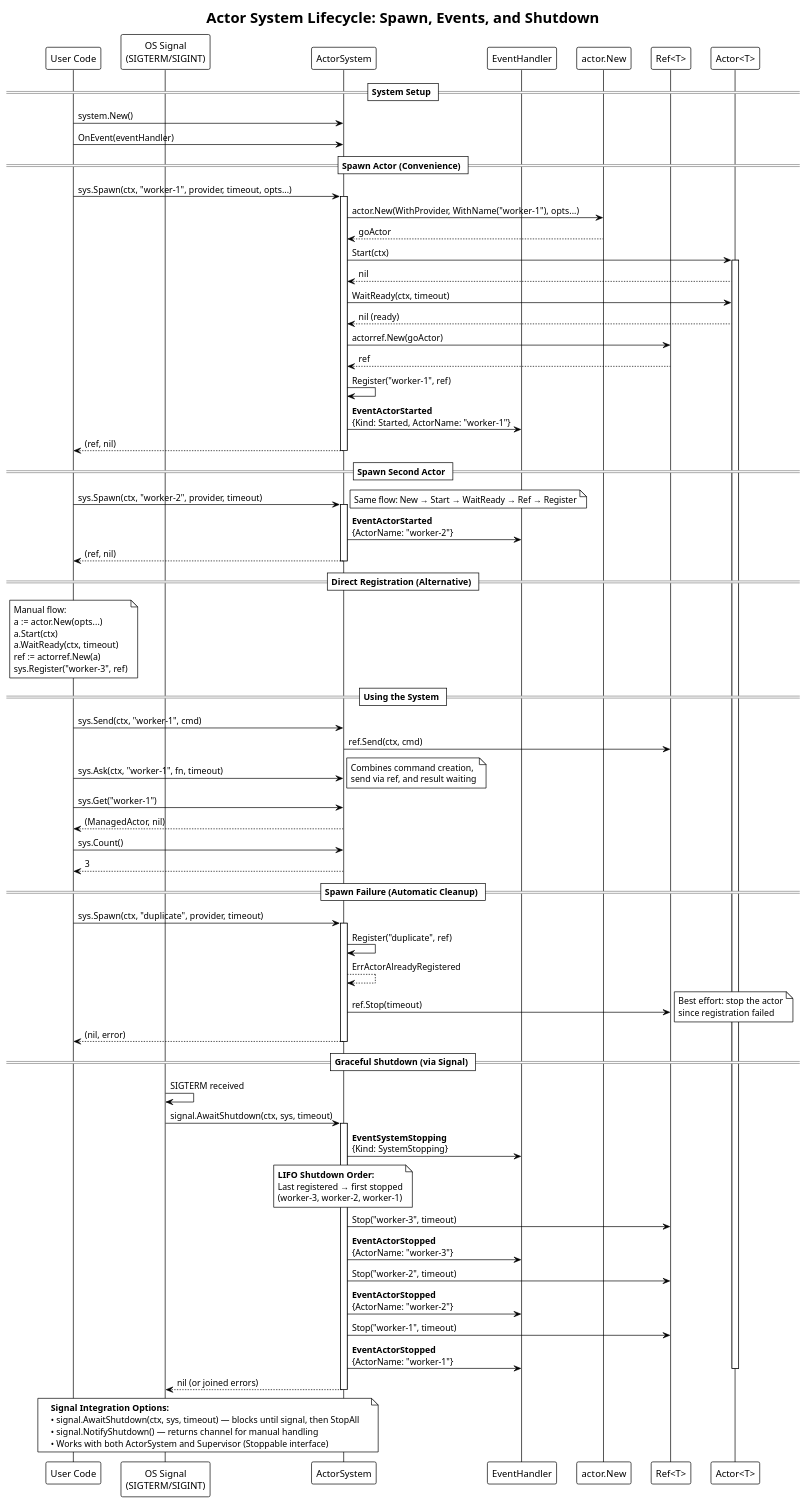
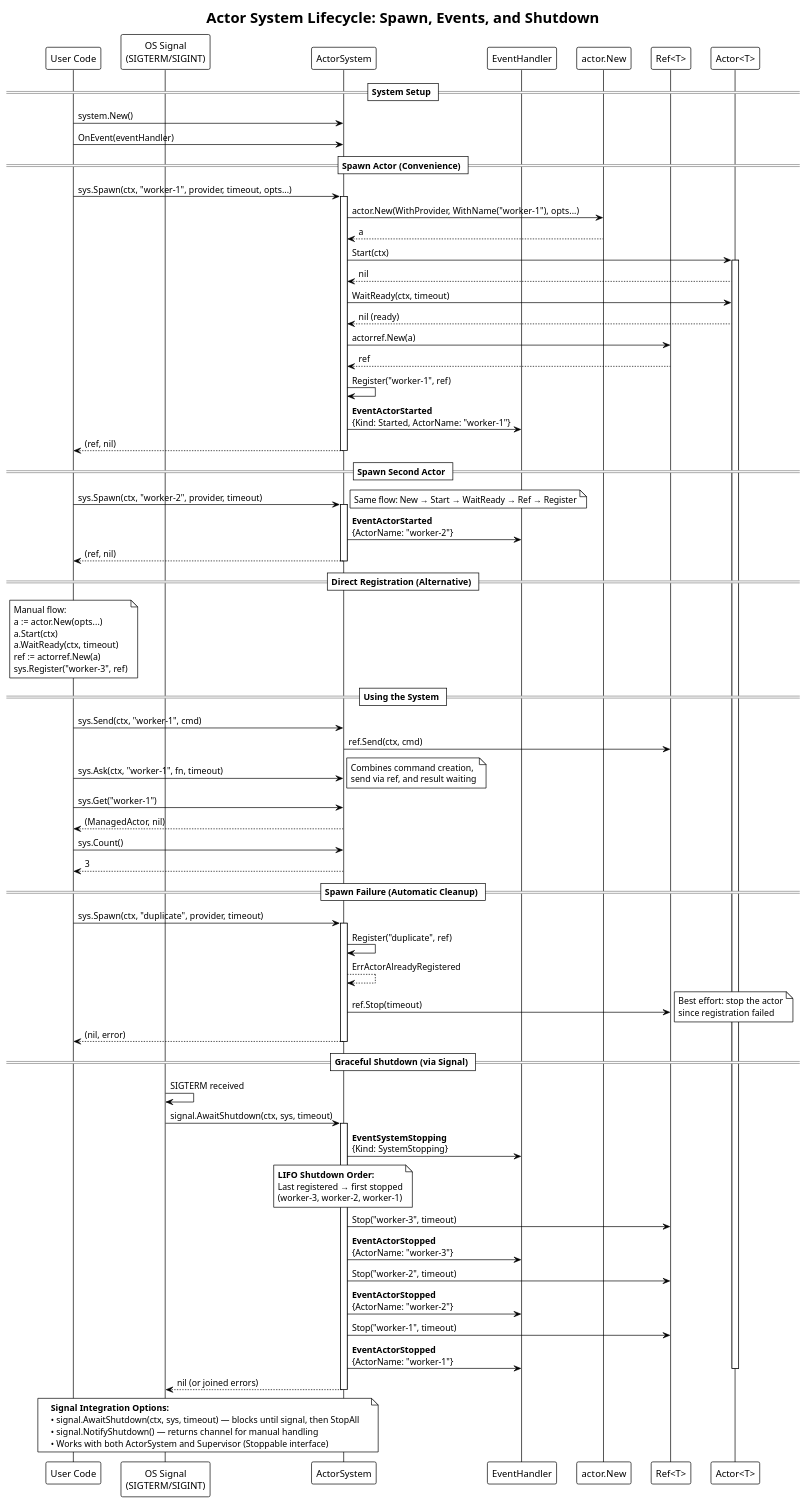
Before and after one commit to barnowlsnest/go-actorlib: the diagram in docs/system-lifecycle.puml, drawn with PlantUML. The commit also changed 7 other files, not shown here.

```diff
--- a/docs/system-lifecycle.puml
+++ b/docs/system-lifecycle.puml
@@ -1,118 +1,118 @@
 @startuml system-lifecycle
 !theme plain
 skinparam backgroundColor #FFFFFF
 
 title Actor System Lifecycle: Spawn, Events, and Shutdown
 
 participant "User Code" as user
 participant "OS Signal\n(SIGTERM/SIGINT)" as signal
 participant "ActorSystem" as sys
 participant "EventHandler" as handler
 participant "actor.New" as factory
 participant "Ref<T>" as ref
 participant "Actor<T>" as actor
 
 == System Setup ==
 user -> sys : system.New()
 user -> sys : OnEvent(eventHandler)
 
 == Spawn Actor (Convenience) ==
 user -> sys : sys.Spawn(ctx, "worker-1", provider, timeout, opts...)
 activate sys
 
 sys -> factory : actor.New(WithProvider, WithName("worker-1"), opts...)
-factory --> sys : goActor
+factory --> sys : a
 
 sys -> actor : Start(ctx)
 activate actor
 actor --> sys : nil
 
 sys -> actor : WaitReady(ctx, timeout)
 actor --> sys : nil (ready)
 
-sys -> ref : actorref.New(goActor)
+sys -> ref : actorref.New(a)
 ref --> sys : ref
 
 sys -> sys : Register("worker-1", ref)
 
 sys -> handler : **EventActorStarted**\n{Kind: Started, ActorName: "worker-1"}
 
 sys --> user : (ref, nil)
 deactivate sys
 
 == Spawn Second Actor ==
 user -> sys : sys.Spawn(ctx, "worker-2", provider, timeout)
 activate sys
 note right : Same flow: New → Start → WaitReady → Ref → Register
 sys -> handler : **EventActorStarted**\n{ActorName: "worker-2"}
 sys --> user : (ref, nil)
 deactivate sys
 
 == Direct Registration (Alternative) ==
 note over user
   Manual flow:
   a := actor.New(opts...)
   a.Start(ctx)
   a.WaitReady(ctx, timeout)
   ref := actorref.New(a)
   sys.Register("worker-3", ref)
 end note
 
 == Using the System ==
 user -> sys : sys.Send(ctx, "worker-1", cmd)
 sys -> ref : ref.Send(ctx, cmd)
 
 user -> sys : sys.Ask(ctx, "worker-1", fn, timeout)
 note right : Combines command creation,\nsend via ref, and result waiting
 
 user -> sys : sys.Get("worker-1")
 sys --> user : (ManagedActor, nil)
 
 user -> sys : sys.Count()
 sys --> user : 3
 
 == Spawn Failure (Automatic Cleanup) ==
 user -> sys : sys.Spawn(ctx, "duplicate", provider, timeout)
 activate sys
 sys -> sys : Register("duplicate", ref)
 sys --> sys : ErrActorAlreadyRegistered
 sys -> ref : ref.Stop(timeout)
 note right : Best effort: stop the actor\nsince registration failed
 sys --> user : (nil, error)
 deactivate sys
 
 == Graceful Shutdown (via Signal) ==
 
 signal -> signal : SIGTERM received
 signal -> sys : signal.AwaitShutdown(ctx, sys, timeout)
 activate sys
 
 sys -> handler : **EventSystemStopping**\n{Kind: SystemStopping}
 
 note over sys
   **LIFO Shutdown Order:**
   Last registered → first stopped
   (worker-3, worker-2, worker-1)
 end note
 
 sys -> ref : Stop("worker-3", timeout)
 sys -> handler : **EventActorStopped**\n{ActorName: "worker-3"}
 
 sys -> ref : Stop("worker-2", timeout)
 sys -> handler : **EventActorStopped**\n{ActorName: "worker-2"}
 
 sys -> ref : Stop("worker-1", timeout)
 sys -> handler : **EventActorStopped**\n{ActorName: "worker-1"}
 
 deactivate actor
 sys --> signal : nil (or joined errors)
 deactivate sys
 
 note over user, sys
   **Signal Integration Options:**
   • signal.AwaitShutdown(ctx, sys, timeout) — blocks until signal, then StopAll
   • signal.NotifyShutdown() — returns channel for manual handling
   • Works with both ActorSystem and Supervisor (Stoppable interface)
 end note
 
 @enduml
```
